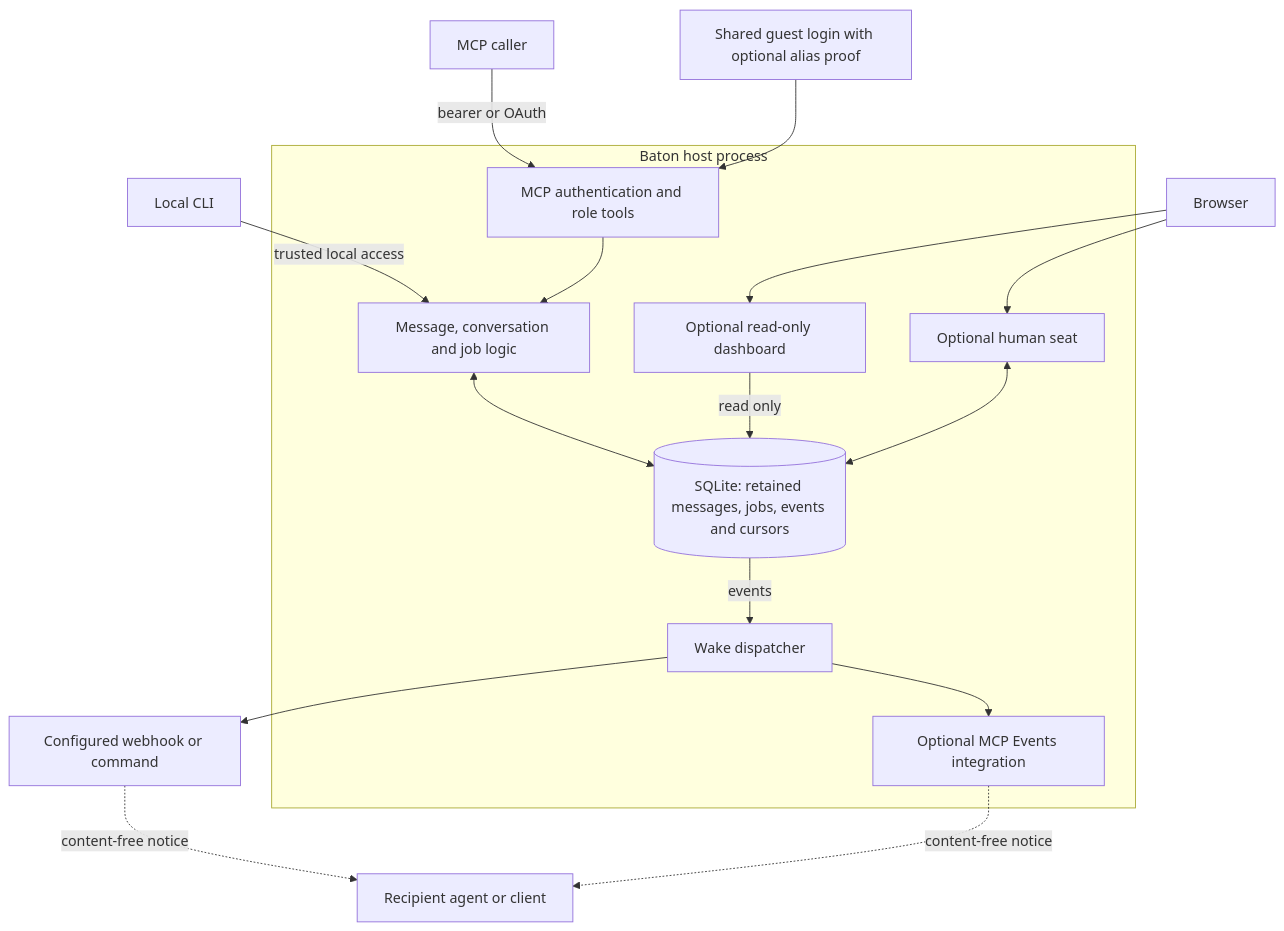
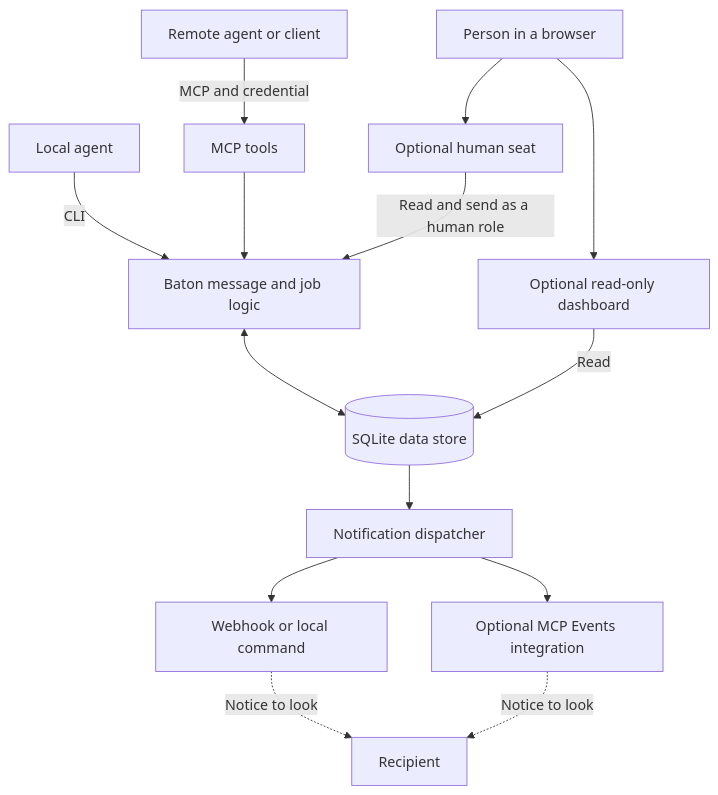
One commit to cesaregarza/baton changed the diagram in docs/design.md. Above: the diagram before and after it, drawn with Mermaid. The commit also changed other lines of this file and 11 other files, not shown here.

Commit message:
Make Baton documentation easier to read

````diff
--- a/docs/design.md
+++ b/docs/design.md
@@ -17,26 +17,16 @@
 ```mermaid
 flowchart TB
-    client["MCP caller"] -->|"bearer or OAuth"| tools["MCP authentication and role tools"]
-    guest["Shared guest login with optional alias proof"] --> tools
-    cli["Local CLI"] -->|"trusted local access"| core["Message, conversation and job logic"]
-    tools --> core
-    subgraph host["Baton host process"]
-        tools
-        core
-        db[("SQLite: retained messages, jobs, events and cursors")]
-        dispatcher["Wake dispatcher"]
-        events_adapter["Optional MCP Events integration"]
-        dashboard["Optional read-only dashboard"]
-        seat["Optional human seat"]
-    end
-    core <--> db
-    db -->|"events"| dispatcher
-    dispatcher --> hook["Configured webhook or command"]
-    dispatcher --> events_adapter
-    hook -.->|"content-free notice"| recipient["Recipient agent or client"]
-    events_adapter -.->|"content-free notice"| recipient
-    dashboard -->|"read only"| db
-    browser["Browser"] --> dashboard
-    browser --> seat
-    seat <--> db
+    agent["Remote agent or client"] -->|"MCP and credential"| api["MCP tools"]
+    local["Local agent"] -->|"CLI"| core["Baton message and job logic"]
+    api --> core
+    core <--> store[("SQLite data store")]
+    store --> dispatcher["Notification dispatcher"]
+    dispatcher --> hook["Webhook or local command"]
+    dispatcher --> events["Optional MCP Events integration"]
+    hook -.->|"Notice to look"| recipient["Recipient"]
+    events -.->|"Notice to look"| recipient
+    person["Person in a browser"] --> dashboard["Optional read-only dashboard"]
+    person --> seat["Optional human seat"]
+    dashboard -->|"Read"| store
+    seat -->|"Read and send as a human role"| core
 ```
````
